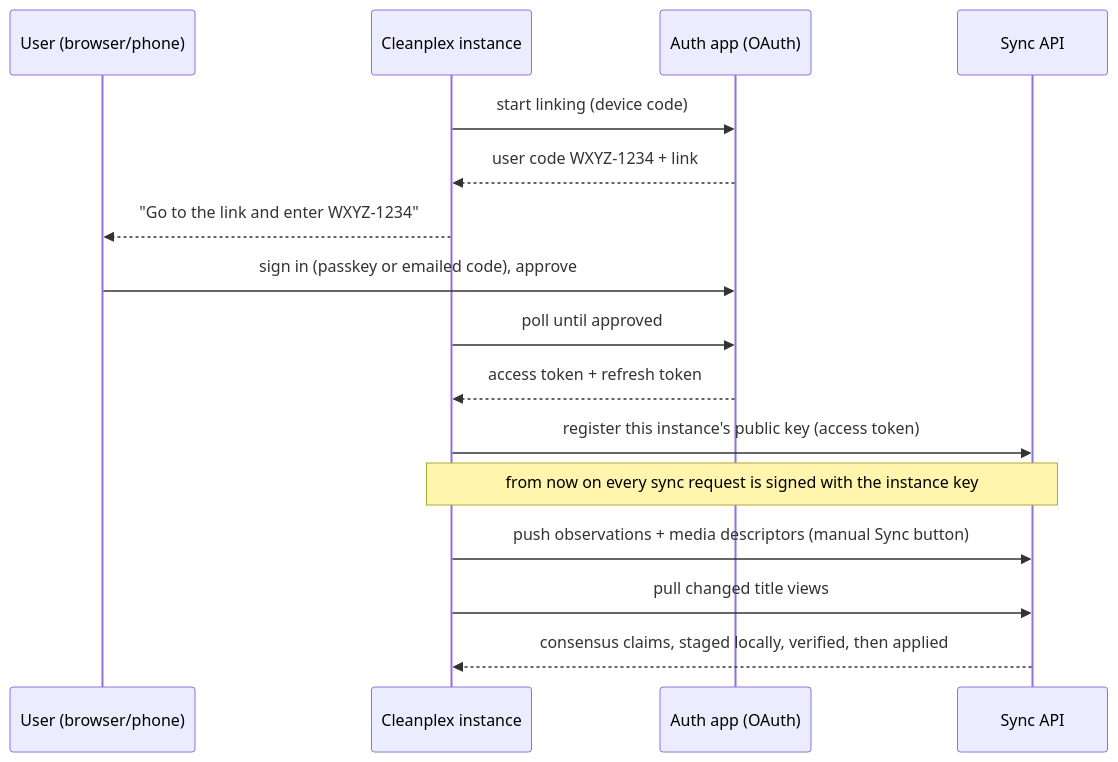
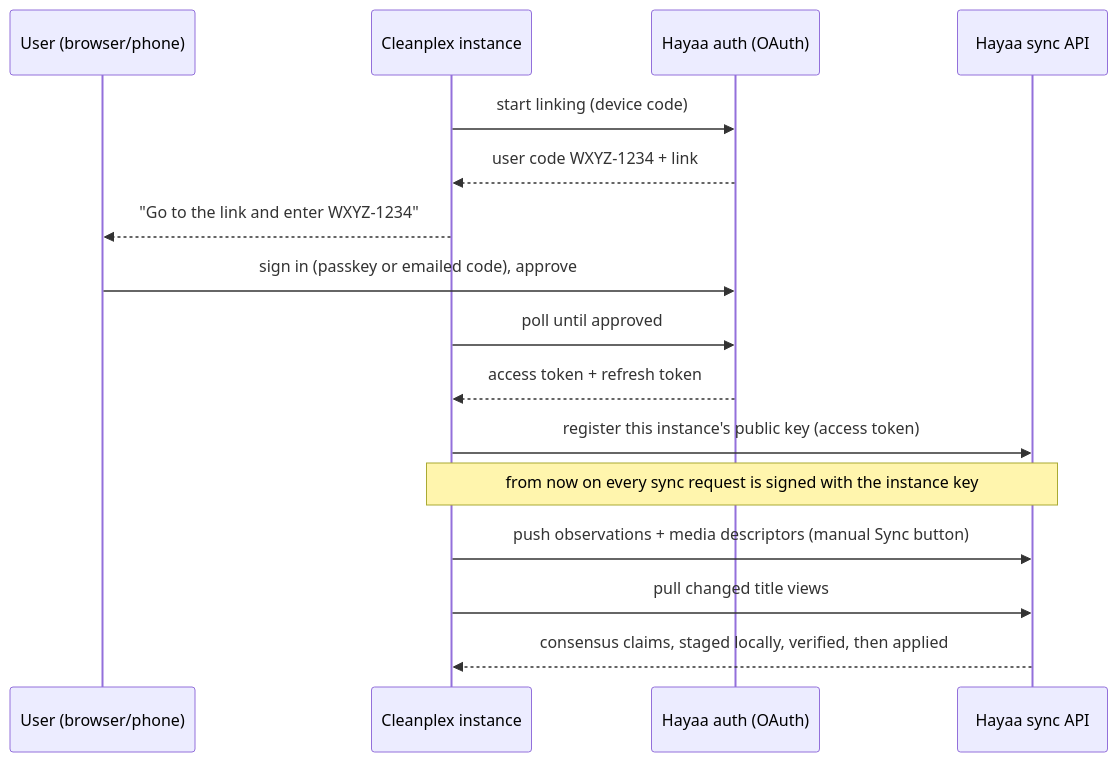
One commit to nazmolla/Cleanplex changed the diagram in docs/SYNC_SERVICE.md. Above: the diagram before and after it, drawn with Mermaid. The commit also changed other lines of this file, not shown here.

Commit message:
docs: the sync service is named Hayaa

````diff
--- a/docs/SYNC_SERVICE.md
+++ b/docs/SYNC_SERVICE.md
@@ -9,18 +9,18 @@
 ```mermaid
 sequenceDiagram
     participant U as User (browser/phone)
     participant C as Cleanplex instance
-    participant A as Auth app (OAuth)
-    participant S as Sync API
+    participant A as Hayaa auth (OAuth)
+    participant S as Hayaa sync API
     C->>A: start linking (device code)
     A-->>C: user code WXYZ-1234 + link
     C-->>U: "Go to the link and enter WXYZ-1234"
     U->>A: sign in (passkey or emailed code), approve
     C->>A: poll until approved
     A-->>C: access token + refresh token
     C->>S: register this instance's public key (access token)
     Note over C,S: from now on every sync request is signed with the instance key
     C->>S: push observations + media descriptors (manual Sync button)
     C->>S: pull changed title views
     S-->>C: consensus claims, staged locally, verified, then applied
 ```
````
